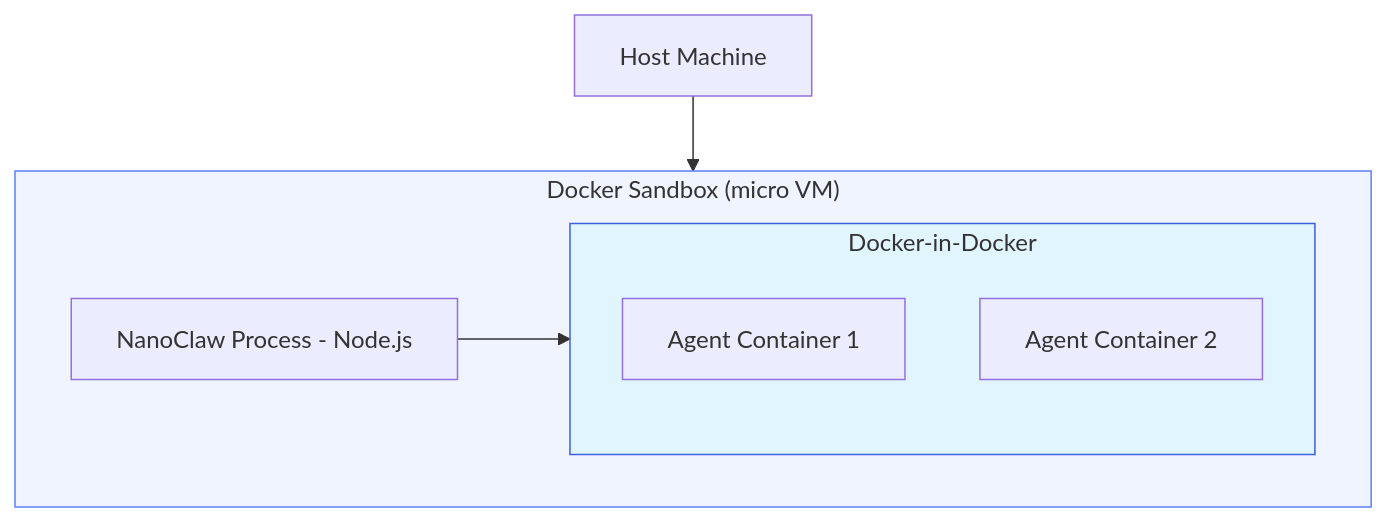
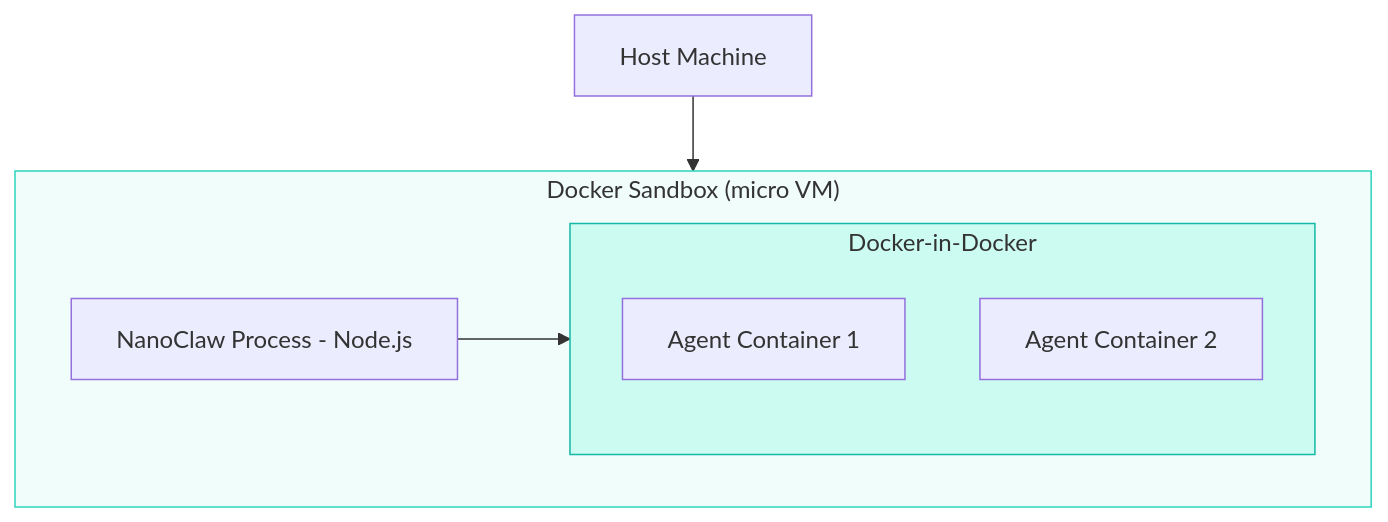
Before and after one commit to glifocat/mintlify-docs: the diagram in advanced/docker-sandboxes.mdx, drawn with Mermaid. The commit also changed 23 other files, not shown here.

````diff
--- a/advanced/docker-sandboxes.mdx
+++ b/advanced/docker-sandboxes.mdx
@@ -10,16 +10,16 @@
 ```mermaid
 graph TB
     subgraph Sandbox["Docker Sandbox (micro VM)"]
         NC[NanoClaw Process - Node.js]
         subgraph DinD["Docker-in-Docker"]
             C1[Agent Container 1]
             C2[Agent Container 2]
         end
         NC --> DinD
     end
 
     Host[Host Machine] --> Sandbox
 
-    style Sandbox fill:#f0f4ff,stroke:#5B7FFF
-    style DinD fill:#e1f5ff,stroke:#3D5FDD
+    style Sandbox fill:#f0fdfa,stroke:#2DD4BF
+    style DinD fill:#ccfbf1,stroke:#14B8A6
 ```
````
